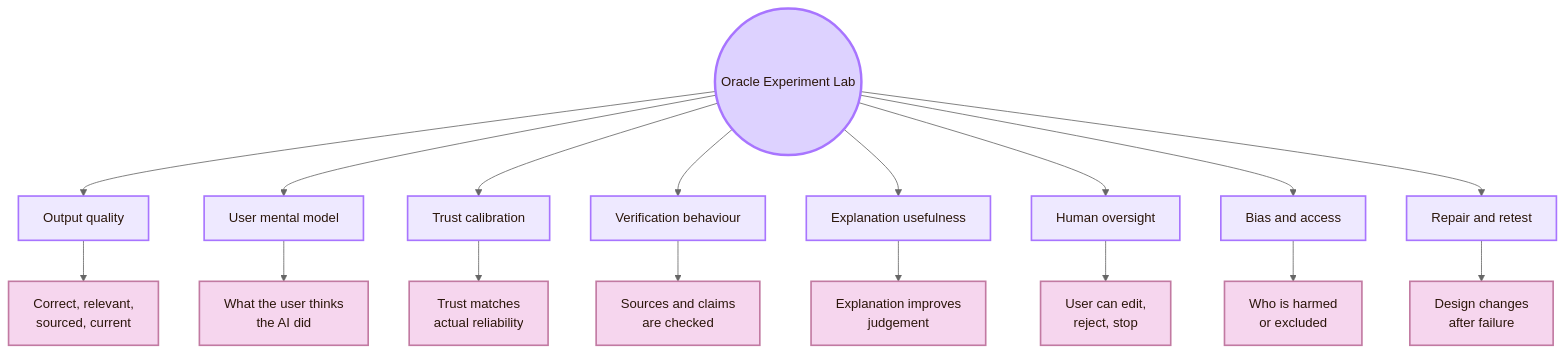
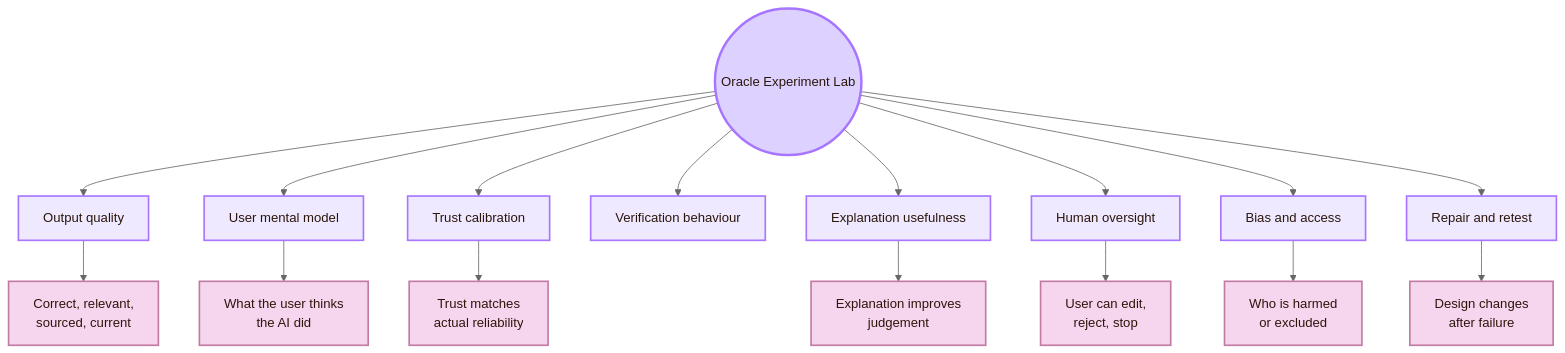
Before and after one commit to andreitegzes06-ui/CogniShire: the first of 18 diagrams in 01_Core_Area_HCI/001_Subareas/05_Human_AI_Interaction/Activities/Experiment.md, drawn with Mermaid (neutral theme). The commit also changed other lines of this file and 131 other files, not shown here.

````diff
--- a/01_Core_Area_HCI/001_Subareas/05_Human_AI_Interaction/Activities/Experiment.md
+++ b/01_Core_Area_HCI/001_Subareas/05_Human_AI_Interaction/Activities/Experiment.md
@@ -67,30 +64,29 @@
 ```mermaid
 flowchart TB
     A((Oracle Experiment Lab))
 
     A --> B[Output quality]
     A --> C[User mental model]
     A --> D[Trust calibration]
     A --> E[Verification behaviour]
     A --> F[Explanation usefulness]
     A --> G[Human oversight]
     A --> H[Bias and access]
     A --> I[Repair and retest]
 
     B --> B1[Correct, relevant,<br/>sourced, current]
     C --> C1[What the user thinks<br/>the AI did]
     D --> D1[Trust matches<br/>actual reliability]
-    E --> E1[Sources and claims<br/>are checked]
     F --> F1[Explanation improves<br/>judgement]
     G --> G1[User can edit,<br/>reject, stop]
     H --> H1[Who is harmed<br/>or excluded]
     I --> I1[Design changes<br/>after failure]
 
     classDef center fill:#ddd2ff,stroke:#a875ff,color:#2b160b,stroke-width:3px;
     classDef node fill:#eee9ff,stroke:#a875ff,color:#2b160b,stroke-width:2px;
     classDef detail fill:#f6d6ee,stroke:#c27aa2,color:#2b160b,stroke-width:2px;
 
     class A center;
     class B,C,D,E,F,G,H,I node;
     class B1,C1,D1,E1,F1,G1,H1,I1 detail;
 ```
````
